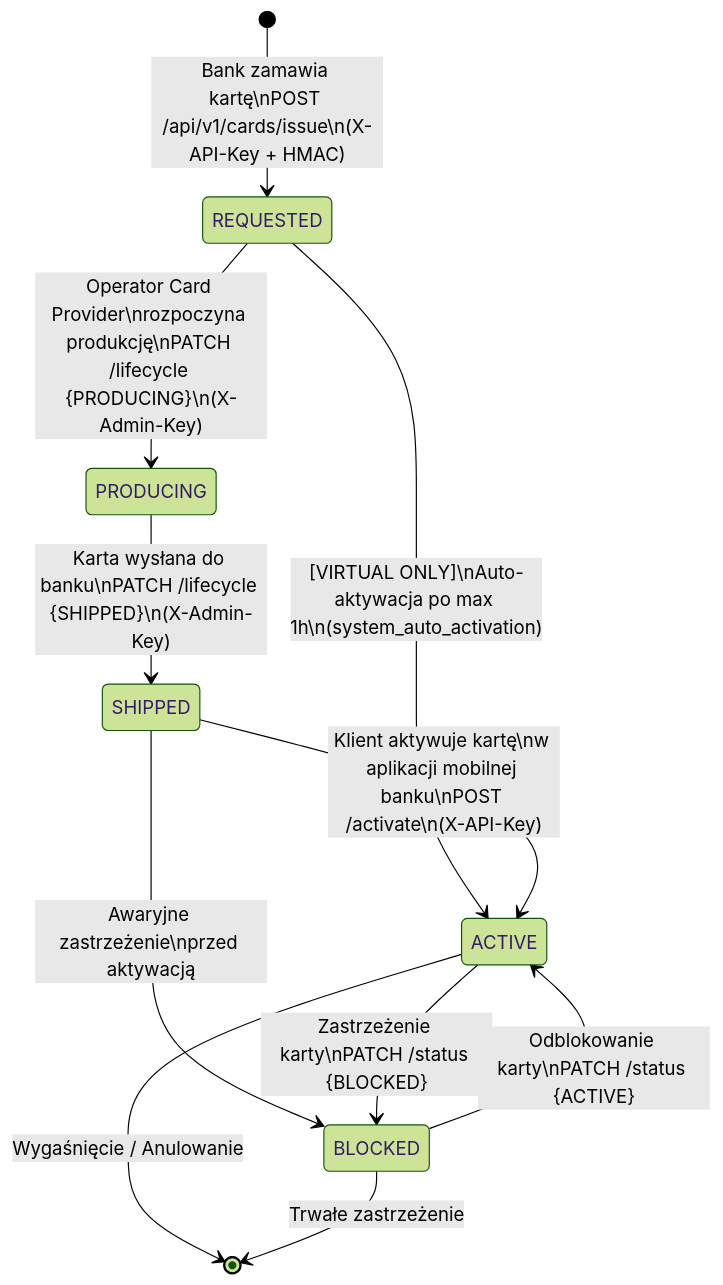
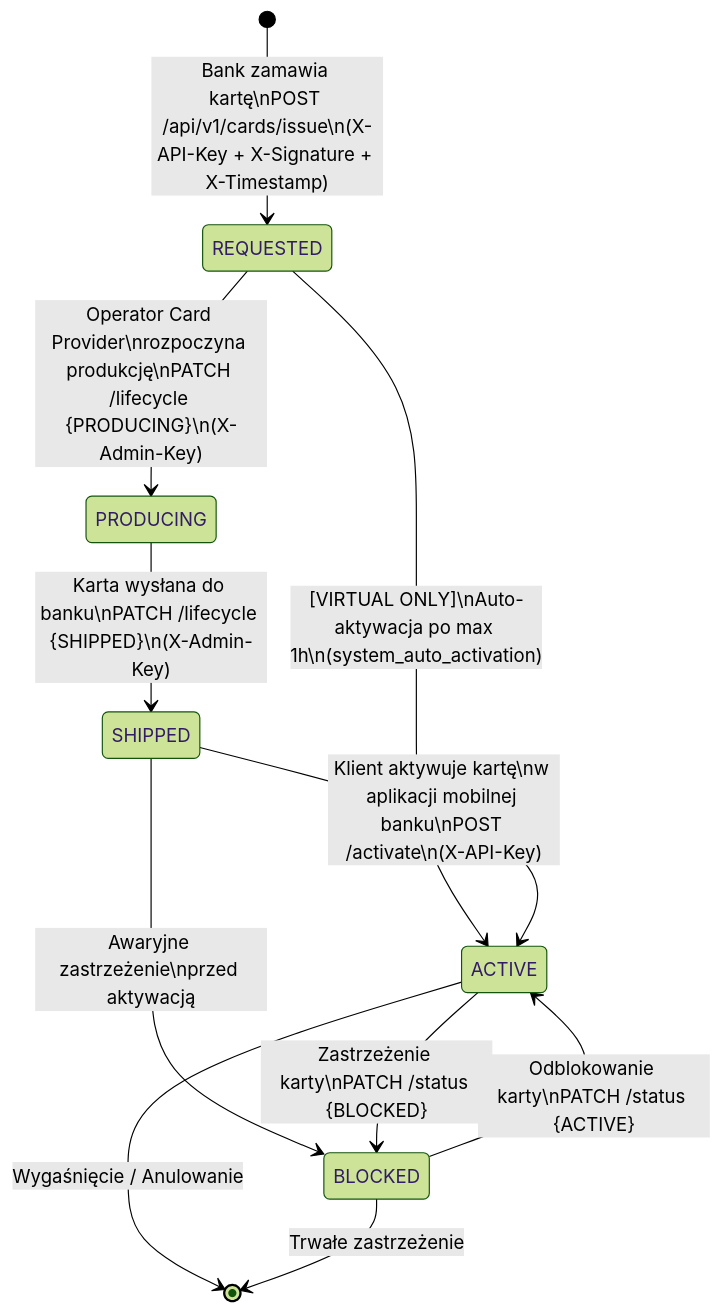
One commit to FilipSl3/Karty-Platnicze-Aplikacje-Biznesowe changed the second of 6 diagrams in README.md. Above: the diagram before and after it, drawn with Mermaid (forest theme). The commit also changed other lines of this file and 3 other files, not shown here.

````diff
--- a/README.md
+++ b/README.md
@@ -235,20 +312,20 @@
 ```mermaid
 stateDiagram-v2
-    [*] --> REQUESTED : Bank zamawia kartę\nPOST /api/v1/cards/issue\n(X-API-Key + HMAC)
+    [*] --> REQUESTED : Bank zamawia kartę\nPOST /api/v1/cards/issue\n(X-API-Key + X-Signature + X-Timestamp)
 
     REQUESTED --> PRODUCING : Operator Card Provider\nrozpoczyna produkcję\nPATCH /lifecycle {PRODUCING}\n(X-Admin-Key)
 
     REQUESTED --> ACTIVE : [VIRTUAL ONLY]\nAuto-aktywacja po max 1h\n(system_auto_activation)
 
     PRODUCING --> SHIPPED : Karta wysłana do banku\nPATCH /lifecycle {SHIPPED}\n(X-Admin-Key)
 
     SHIPPED --> ACTIVE : Klient aktywuje kartę\nw aplikacji mobilnej banku\nPOST /activate\n(X-API-Key)
 
     SHIPPED --> BLOCKED : Awaryjne zastrzeżenie\nprzed aktywacją
 
     ACTIVE --> BLOCKED : Zastrzeżenie karty\nPATCH /status {BLOCKED}
     BLOCKED --> ACTIVE : Odblokowanie karty\nPATCH /status {ACTIVE}
 
     ACTIVE --> [*] : Wygaśnięcie / Anulowanie
     BLOCKED --> [*] : Trwałe zastrzeżenie
 ```
````
